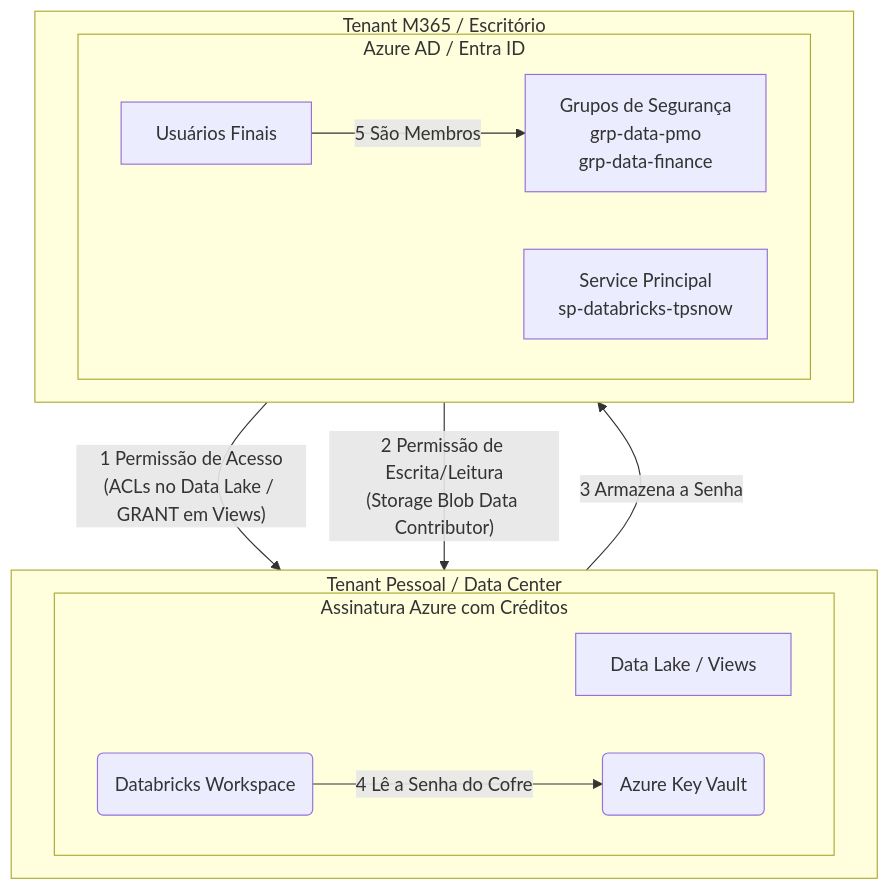
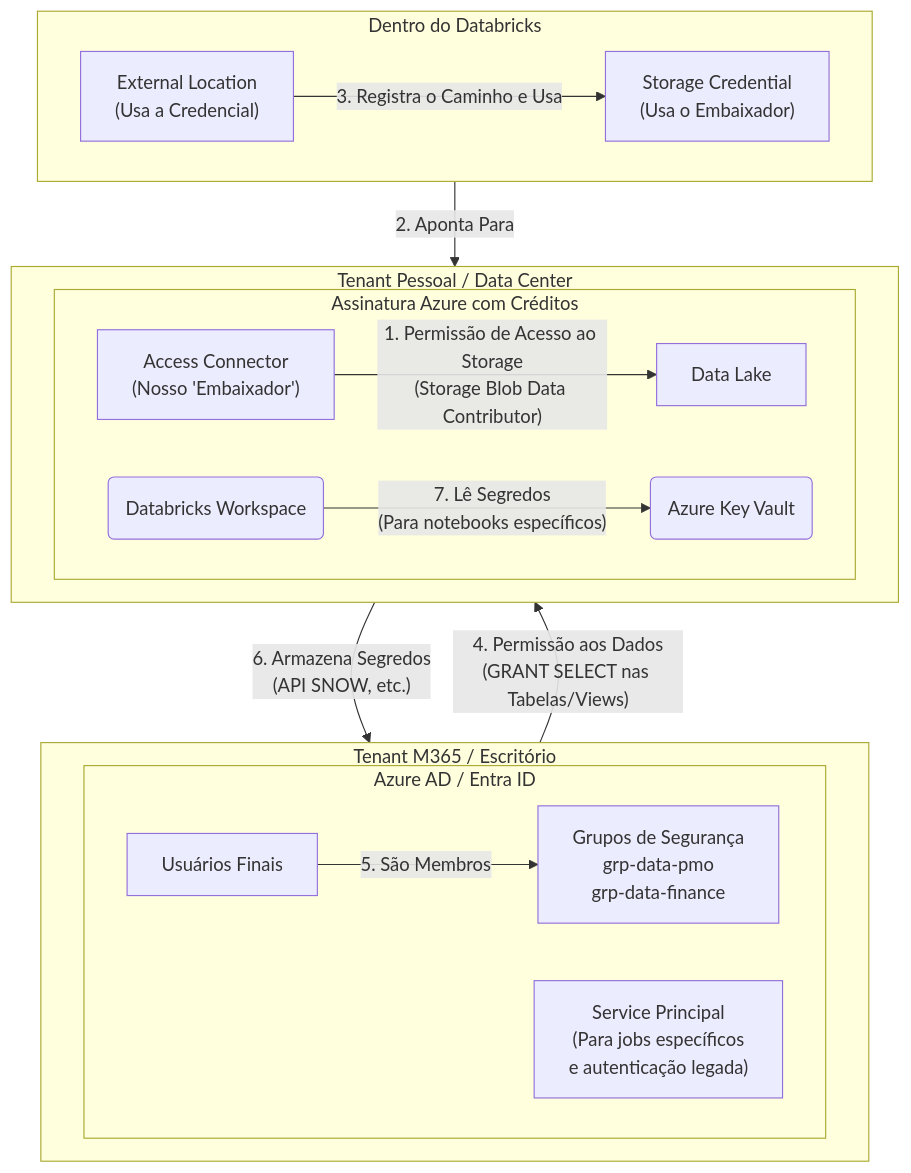
One commit to ribas28/projeto-dados-tasks_planner_snow changed the second of 3 diagrams in README.md. Above: the diagram before and after it, drawn with Mermaid. The commit also changed 1 other file, not shown here.

Commit message:
Alterando readme com a nova arquitetura de segurança e adicionando o access conector ao bicep

````diff
--- a/README.md
+++ b/README.md
@@ -53,26 +53,40 @@
 ```mermaid
 graph TD;
-    subgraph Tenant_A ["Tenant Pessoal / Data Center"]
+    subgraph Tenant_Pessoal [Tenant Pessoal / Data Center]
         direction LR
-        subgraph Assinatura_Azure ["Assinatura Azure com Créditos"]
-            DataLake["Data Lake / Views"];
-            Databricks("Databricks Workspace");
-            KeyVault("Azure Key Vault");
+        subgraph Assinatura_Azure [Assinatura Azure com Créditos]
+            DataLake[Data Lake];
+            Databricks(Databricks Workspace);
+            KeyVault(Azure Key Vault);
+            Connector["Access Connector<br/>(Nosso 'Embaixador')"];
         end
     end
 
-    subgraph Tenant_M365 ["Tenant M365 / Escritório"]
+    subgraph Tenant_M365 [Tenant M365 / Escritório]
         direction LR
-        subgraph Azure_AD ["Azure AD / Entra ID"]
-            Users["Usuários Finais"];
-            Groups["Grupos de Segurança<br/>grp-data-pmo<br/>grp-data-finance"];
-            SP["Service Principal<br/>sp-databricks-tpsnow"];
+        subgraph Azure_AD [Azure AD / Entra ID]
+            Users[Usuários Finais];
+            Groups[Grupos de Segurança<br/>grp-data-pmo<br/>grp-data-finance];
+            SP["Service Principal<br/>(Para jobs específicos<br/>e autenticação legada)"];
         end
     end
+    
+    subgraph UnityCatalog [Dentro do Databricks]
+        direction LR
+        Credencial["Storage Credential<br/>(Usa o Embaixador)"];
+        Localizacao["External Location<br/>(Usa a Credencial)"];
+    end
 
-    Groups -- "1 Permissão de Acesso<br/>(ACLs no Data Lake / GRANT em Views)" --> DataLake;
-    SP -- "2 Permissão de Escrita/Leitura<br/>(Storage Blob Data Contributor)" --> DataLake;
-    KeyVault -- "3 Armazena a Senha" --> SP;
-    Databricks -- "4 Lê a Senha do Cofre" --> KeyVault;
-    Users -- "5 São Membros" --> Groups;
+    %% Fluxo de Permissões do Unity Catalog (O Novo Modelo)
+    Connector -- "1. Permissão de Acesso ao Storage<br/>(Storage Blob Data Contributor)" --> DataLake;
+    Credencial -- "2. Aponta Para" --> Connector;
+    Localizacao -- "3. Registra o Caminho e Usa" --> Credencial;
+    
+    %% Fluxo de Permissões de Usuários
+    Groups -- "4. Permissão aos Dados<br/>(GRANT SELECT nas Tabelas/Views)" --> Databricks;
+    Users -- "5. São Membros" --> Groups;
+
+    %% Fluxo de Segredos para outras automações
+    KeyVault -- "6. Armazena Segredos<br/>(API SNOW, etc.)" --> SP;
+    Databricks -- "7. Lê Segredos<br/>(Para notebooks específicos)" --> KeyVault;
 ```
````
